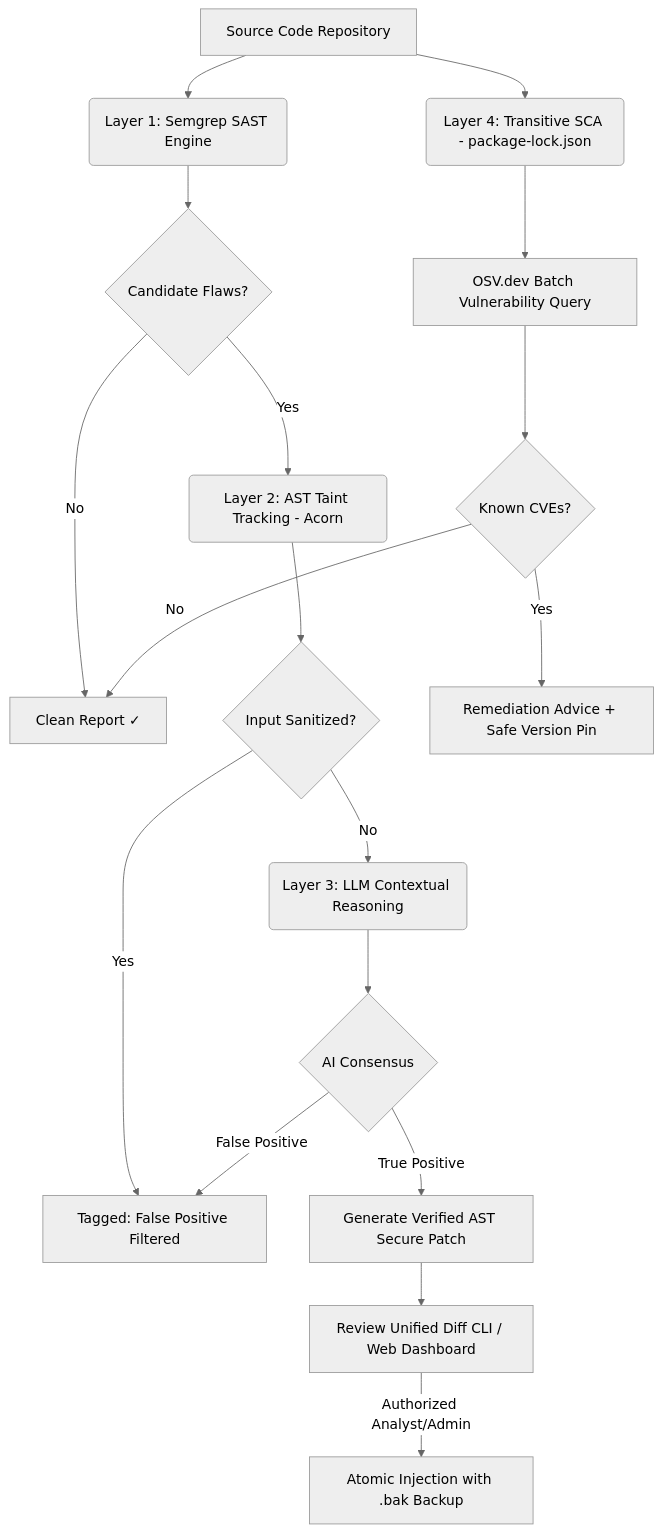
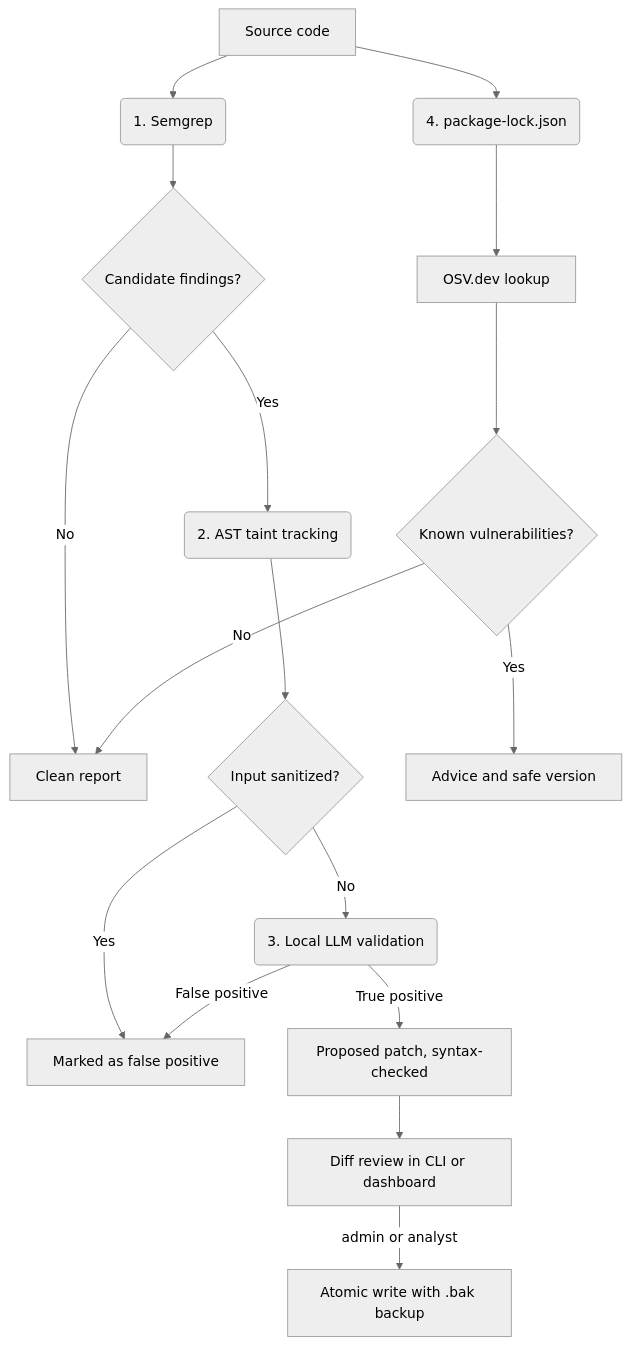
The diagram in README.md (vrsebeatriz/CypherGuard-IA), drawn with Mermaid (neutral theme) before and after one commit. The commit also changed other lines of this file, not shown here.

````diff
--- a/README.md
+++ b/README.md
@@ -72,21 +27,20 @@
 ```mermaid
 graph TD
-    A[Source Code Repository] --> B(Layer 1: Semgrep SAST Engine)
-    B --> C{Candidate Flaws?}
-    C --> |No| D[Clean Report ✓]
-    C --> |Yes| E(Layer 2: AST Taint Tracking - Acorn)
-    E --> F{Input Sanitized?}
-    F --> |Yes| G[Tagged: False Positive Filtered]
-    F --> |No| H(Layer 3: LLM Contextual Reasoning)
-    H --> I{AI Consensus}
-    I --> |False Positive| G
-    I --> |True Positive| J[Generate Verified AST Secure Patch]
-    J --> K[Review Unified Diff CLI / Web Dashboard]
-    K --> |Authorized Analyst/Admin| L[Atomic Injection with .bak Backup]
+    A[Source code] --> B(1. Semgrep)
+    B --> C{Candidate findings?}
+    C --> |No| D[Clean report]
+    C --> |Yes| E(2. AST taint tracking)
+    E --> F{Input sanitized?}
+    F --> |Yes| G[Marked as false positive]
+    F --> |No| H(3. Local LLM validation)
+    H --> |False positive| G
+    H --> |True positive| J[Proposed patch, syntax-checked]
+    J --> K[Diff review in CLI or dashboard]
+    K --> |admin or analyst| L[Atomic write with .bak backup]
 
-    A --> M(Layer 4: Transitive SCA - package-lock.json)
-    M --> N[OSV.dev Batch Vulnerability Query]
-    N --> O{Known CVEs?}
-    O --> |Yes| P[Remediation Advice + Safe Version Pin]
+    A --> M(4. package-lock.json)
+    M --> N[OSV.dev lookup]
+    N --> O{Known vulnerabilities?}
+    O --> |Yes| P[Advice and safe version]
     O --> |No| D
 ```
````
